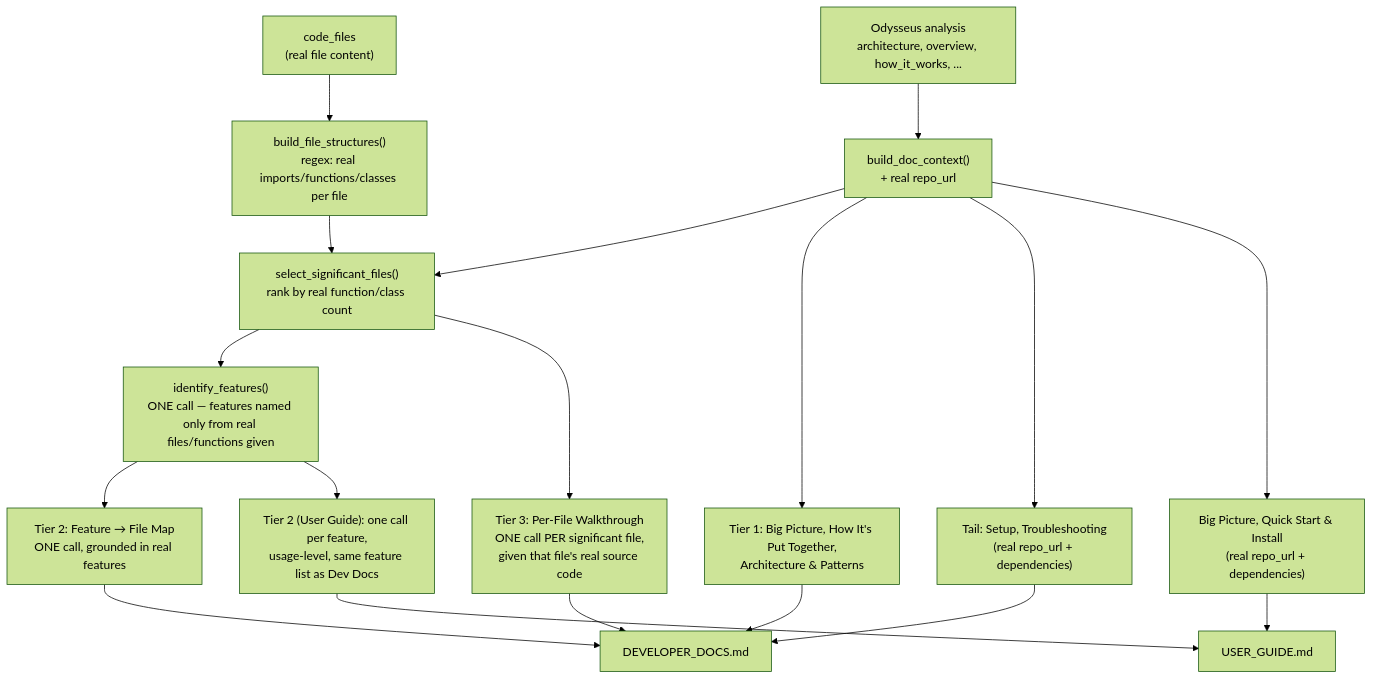
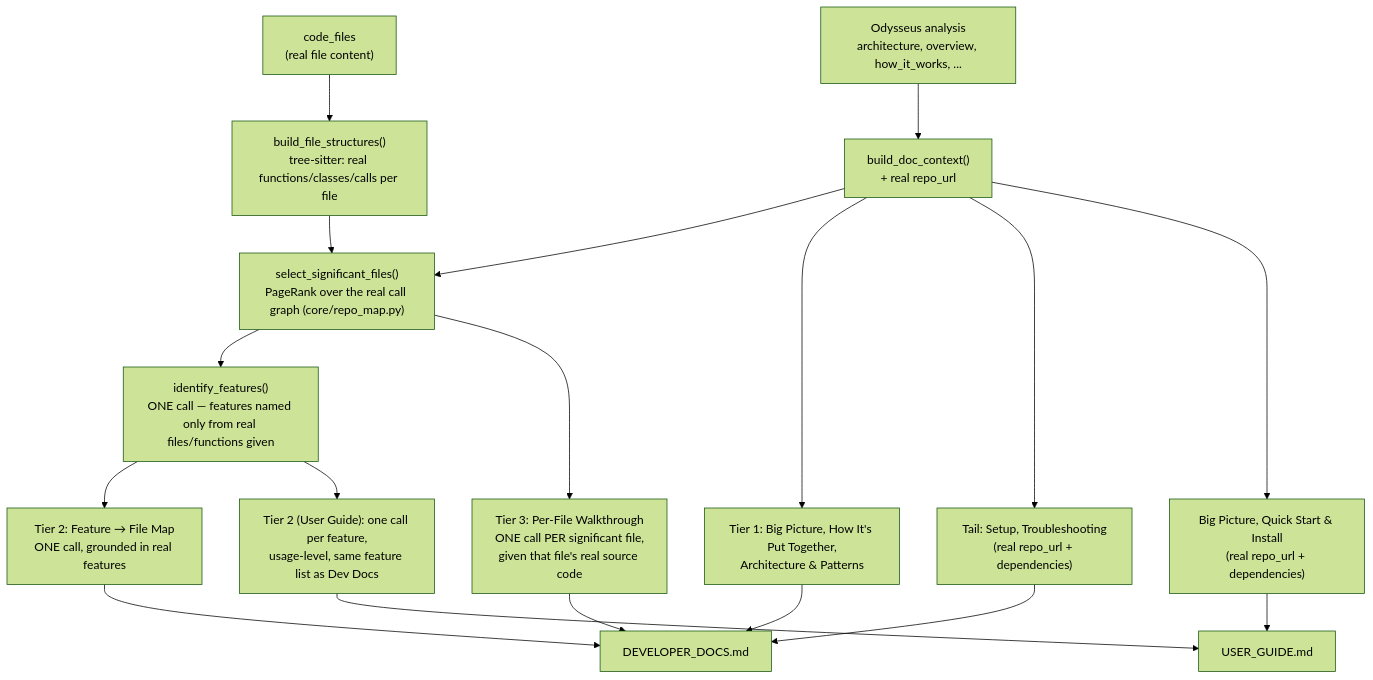
Before and after one commit to ds-madhavan-ramani/code-base-documentation: the diagram in README.md, drawn with Mermaid (forest theme). The commit also changed other lines of this file and 5 other files, not shown here.

````diff
--- a/README.md
+++ b/README.md
@@ -146,23 +155,23 @@
 ```mermaid
 flowchart TD
-    CF["code_files<br/>(real file content)"] --> FS["build_file_structures()<br/>regex: real imports/functions/classes per file"]
+    CF["code_files<br/>(real file content)"] --> FS["build_file_structures()<br/>tree-sitter: real functions/classes/calls per file"]
     A["Odysseus analysis<br/>architecture, overview, how_it_works, ..."] --> CTX["build_doc_context()<br/>+ real repo_url"]
-    FS --> SIG["select_significant_files()<br/>rank by real function/class count"]
+    FS --> SIG["select_significant_files()<br/>PageRank over the real call graph (core/repo_map.py)"]
     CTX --> SIG
     SIG --> FEAT["identify_features()<br/>ONE call — features named only from real files/functions given"]
 
     CTX --> T1["Tier 1: Big Picture, How It's Put Together,<br/>Architecture & Patterns"]
     FEAT --> T2["Tier 2: Feature → File Map<br/>ONE call, grounded in real features"]
     SIG --> T3["Tier 3: Per-File Walkthrough<br/>ONE call PER significant file,<br/>given that file's real source code"]
     CTX --> TAIL["Tail: Setup, Troubleshooting<br/>(real repo_url + dependencies)"]
 
     T1 --> DEV["DEVELOPER_DOCS.md"]
     T2 --> DEV
     T3 --> DEV
     TAIL --> DEV
 
     FEAT --> UFEAT["Tier 2 (User Guide): one call per feature,<br/>usage-level, same feature list as Dev Docs"]
     CTX --> UHEAD["Big Picture, Quick Start & Install<br/>(real repo_url + dependencies)"]
     UHEAD --> USER["USER_GUIDE.md"]
     UFEAT --> USER
 ```
````
